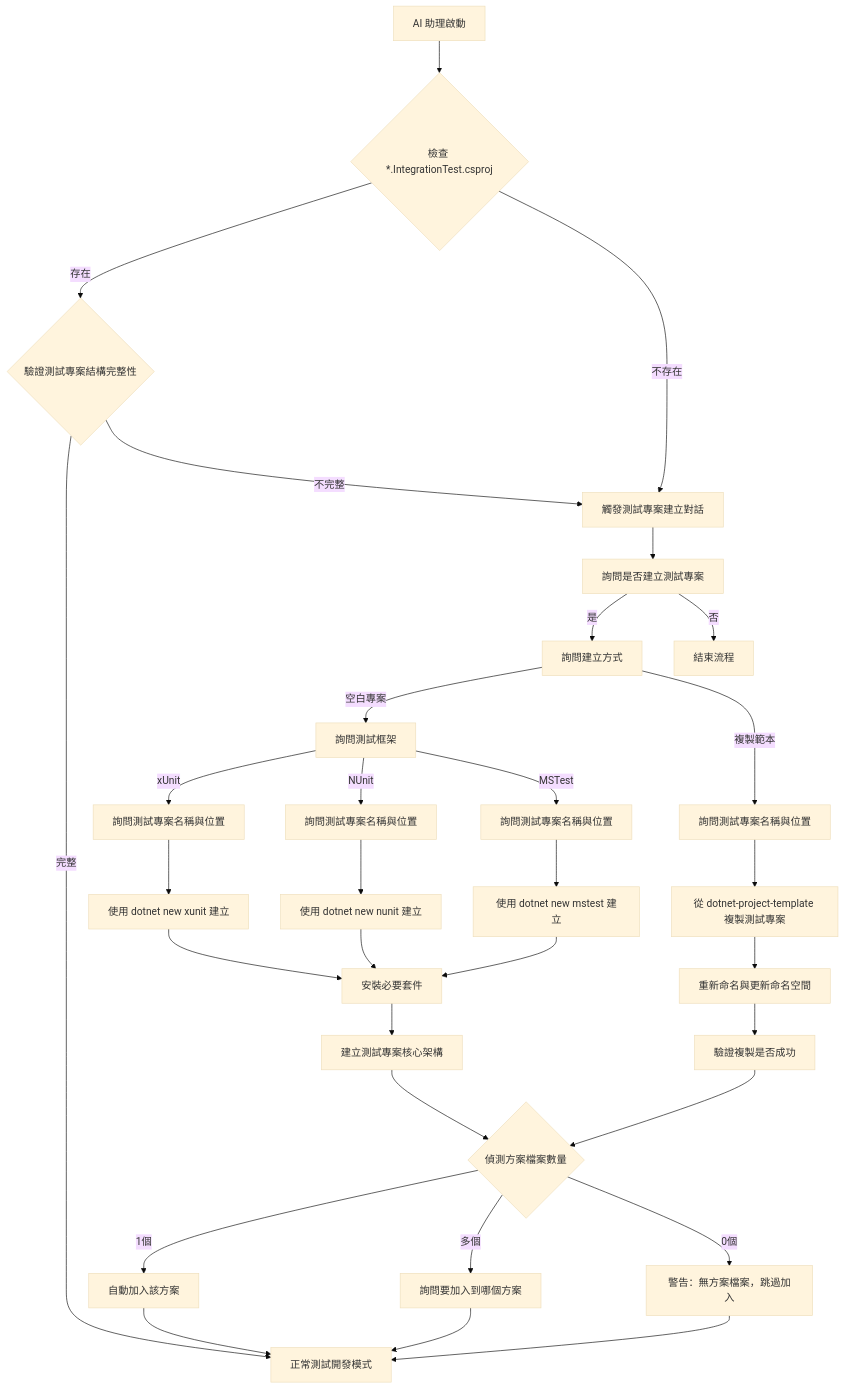
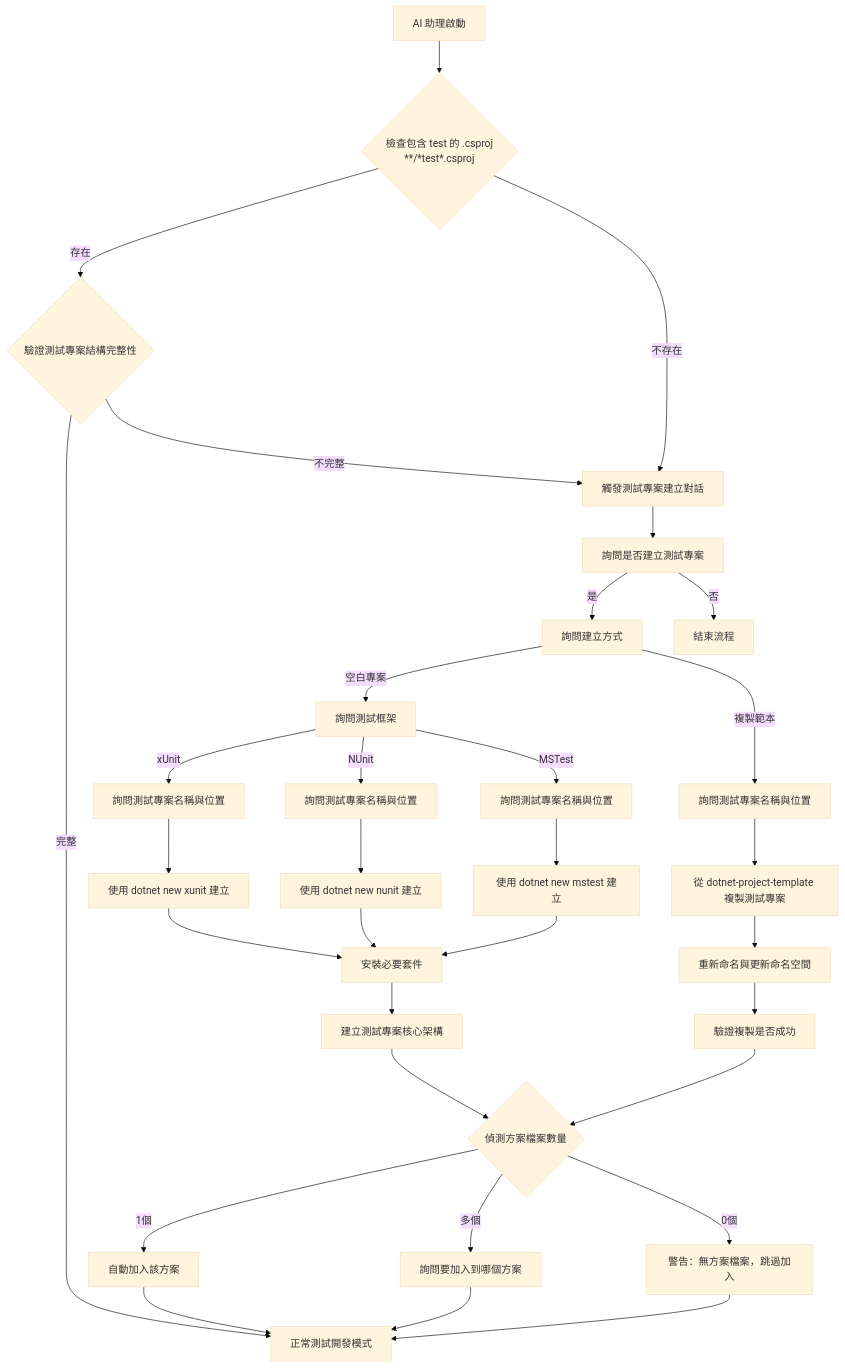
Before and after one commit to yaochangyu/api.template: the first of 3 diagrams in .github/skills/webapi-real-testing/SKILL.md, drawn with Mermaid (base theme). The commit also changed other lines of this file, not shown here.

````diff
--- a/.github/skills/webapi-real-testing/SKILL.md
+++ b/.github/skills/webapi-real-testing/SKILL.md
@@ -45,34 +88,34 @@
 ```mermaid
 graph TD
-    A[AI 助理啟動] --> B{檢查 *.IntegrationTest.csproj}
+    A[AI 助理啟動] --> B{檢查包含 test 的 .csproj<br/>**/*test*.csproj}
     B -->|存在| C{驗證測試專案結構完整性}
     B -->|不存在| D[觸發測試專案建立對話]
     C -->|完整| E[正常測試開發模式]
     C -->|不完整| D
     D --> F[詢問是否建立測試專案]
     F -->|是| G[詢問建立方式]
     F -->|否| H[結束流程]
     G -->|空白專案| I[詢問測試框架]
     G -->|複製範本| J[詢問測試專案名稱與位置]
     I -->|xUnit| K1[詢問測試專案名稱與位置]
     I -->|NUnit| K2[詢問測試專案名稱與位置]
     I -->|MSTest| K3[詢問測試專案名稱與位置]
     K1 --> L1[使用 dotnet new xunit 建立]
     K2 --> L2[使用 dotnet new nunit 建立]
     K3 --> L3[使用 dotnet new mstest 建立]
     J --> M1[從 dotnet-project-template 複製測試專案]
     L1 --> M2[安裝必要套件]
     L2 --> M2
     L3 --> M2
     M1 --> M3[重新命名與更新命名空間]
     M2 --> N[建立測試專案核心架構]
     M3 --> O[驗證複製是否成功]
     N --> P{偵測方案檔案數量}
     O --> P
     P -->|1個| Q[自動加入該方案]
     P -->|多個| R[詢問要加入到哪個方案]
     P -->|0個| S[警告：無方案檔案，跳過加入]
     Q --> E
     R --> E
     S --> E
 ```
````
